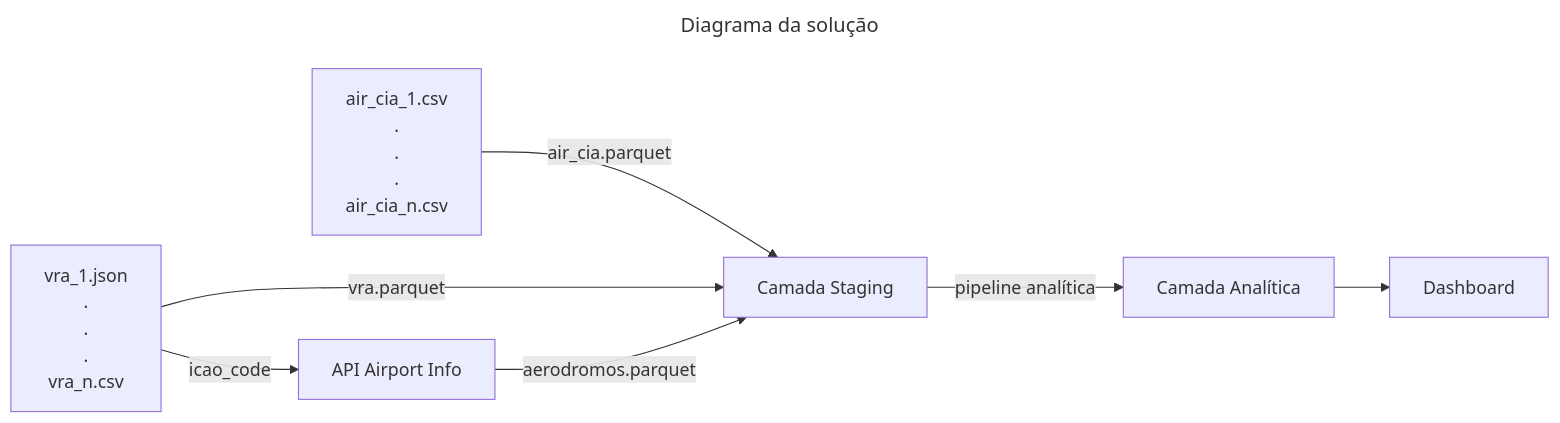
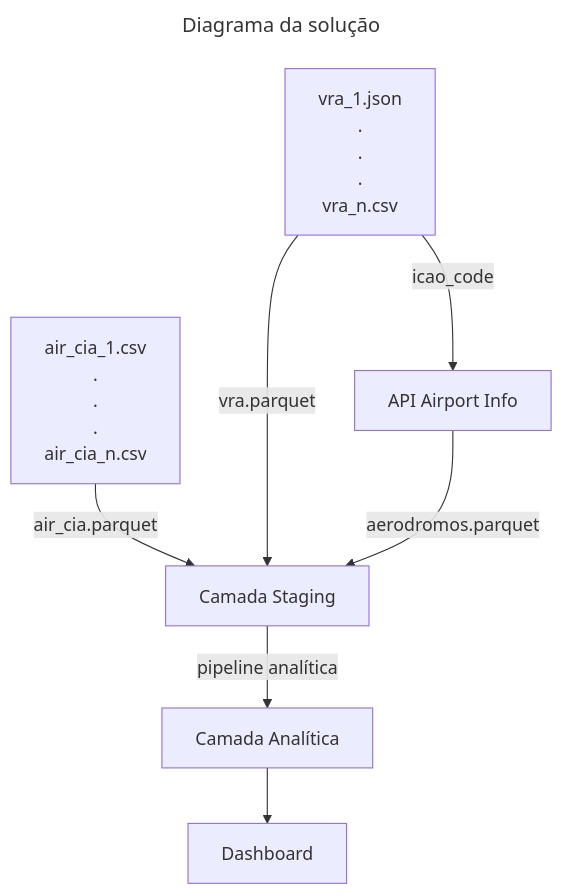
The diagram in docs/index.md (GCAntunes/BigDataAirlines), drawn with Mermaid before and after one commit.

Commit message:
Muda orientação fluxograma da documentação

````diff
--- a/docs/index.md
+++ b/docs/index.md
@@ -7,25 +7,25 @@
 ```mermaid
 ---
 title: Diagrama da solução
 ---
-flowchart LR
+flowchart TD
     aircia["air_cia_1.csv
     .
     .
     .
     air_cia_n.csv"]
     vra["vra_1.json
     .
     .
     .
     vra_n.csv"]
     staging["Camada Staging"]
     API["API Airport Info"]
     analytic["Camada Analítica"]
     aircia -- air_cia.parquet --> staging
     vra -- vra.parquet --> staging
     vra -- icao_code --> API
     API -- aerodromos.parquet --> staging
     staging -- pipeline analítica --> analytic
     analytic --> Dashboard
 ```
````
